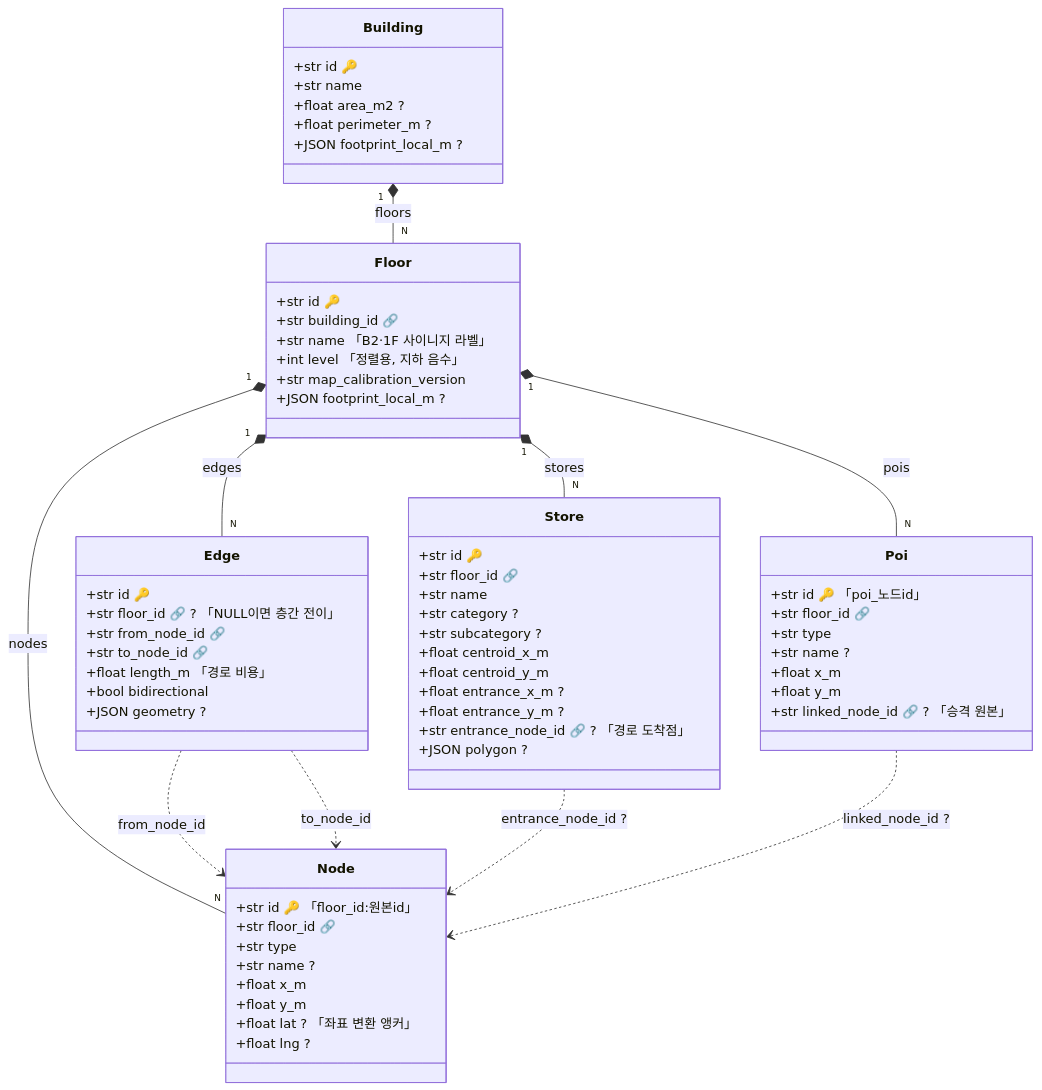
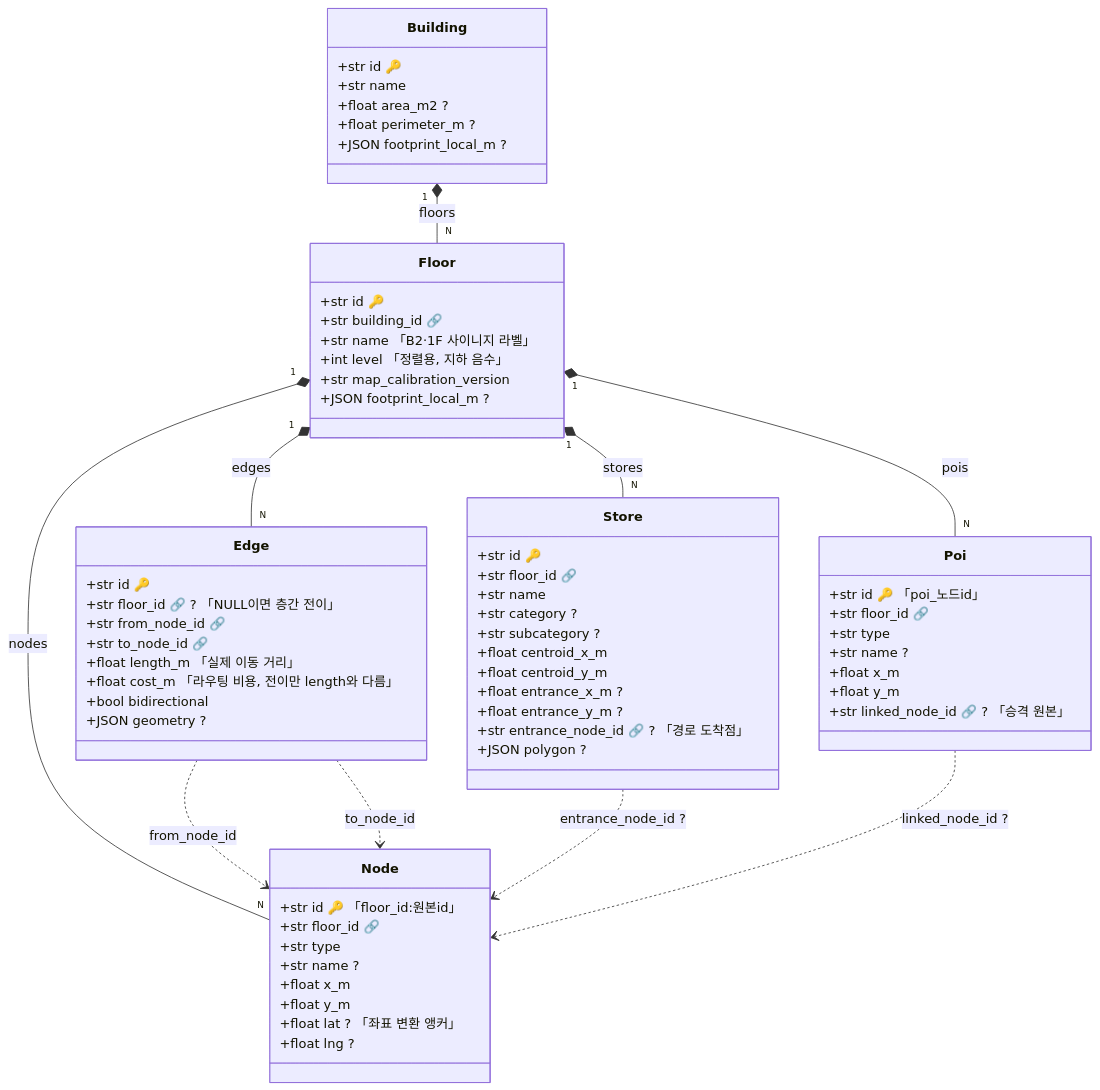
The diagram in backend/app/models/README.md (Routex-labs/Navigation), drawn with Mermaid before and after one commit. The commit also changed 2 other files, not shown here.

Commit message:
docs: 거리·비용 분리를 문서에 반영한다
모델·DTO README의 스키마 표기를 갱신하고, 02번 작업 문서에 적용 결과와 검증
내용을 기록한다.

````diff
--- a/backend/app/models/README.md
+++ b/backend/app/models/README.md
@@ -24,69 +24,70 @@
 ```mermaid
 classDiagram
     class Building {
         +str id 🔑
         +str name
         +float area_m2 ?
         +float perimeter_m ?
         +JSON footprint_local_m ?
     }
     class Floor {
         +str id 🔑
         +str building_id 🔗
         +str name  「B2·1F 사이니지 라벨」
         +int level 「정렬용, 지하 음수」
         +str map_calibration_version
         +JSON footprint_local_m ?
     }
     class Node {
         +str id 🔑 「floor_id:원본id」
         +str floor_id 🔗
         +str type
         +str name ?
         +float x_m
         +float y_m
         +float lat ? 「좌표 변환 앵커」
         +float lng ?
     }
     class Edge {
         +str id 🔑
         +str floor_id 🔗 ? 「NULL이면 층간 전이」
         +str from_node_id 🔗
         +str to_node_id 🔗
-        +float length_m 「경로 비용」
+        +float length_m 「실제 이동 거리」
+        +float cost_m 「라우팅 비용, 전이만 length와 다름」
         +bool bidirectional
         +JSON geometry ?
     }
     class Store {
         +str id 🔑
         +str floor_id 🔗
         +str name
         +str category ?
         +str subcategory ?
         +float centroid_x_m
         +float centroid_y_m
         +float entrance_x_m ?
         +float entrance_y_m ?
         +str entrance_node_id 🔗 ? 「경로 도착점」
         +JSON polygon ?
     }
     class Poi {
         +str id 🔑 「poi_노드id」
         +str floor_id 🔗
         +str type
         +str name ?
         +float x_m
         +float y_m
         +str linked_node_id 🔗 ? 「승격 원본」
     }
 
     Building "1" *-- "N" Floor : floors
     Floor "1" *-- "N" Node : nodes
     Floor "1" *-- "N" Edge : edges
     Floor "1" *-- "N" Store : stores
     Floor "1" *-- "N" Poi : pois
     Edge ..> Node : from_node_id
     Edge ..> Node : to_node_id
     Store ..> Node : entrance_node_id ?
     Poi ..> Node : linked_node_id ?
 ```
````
